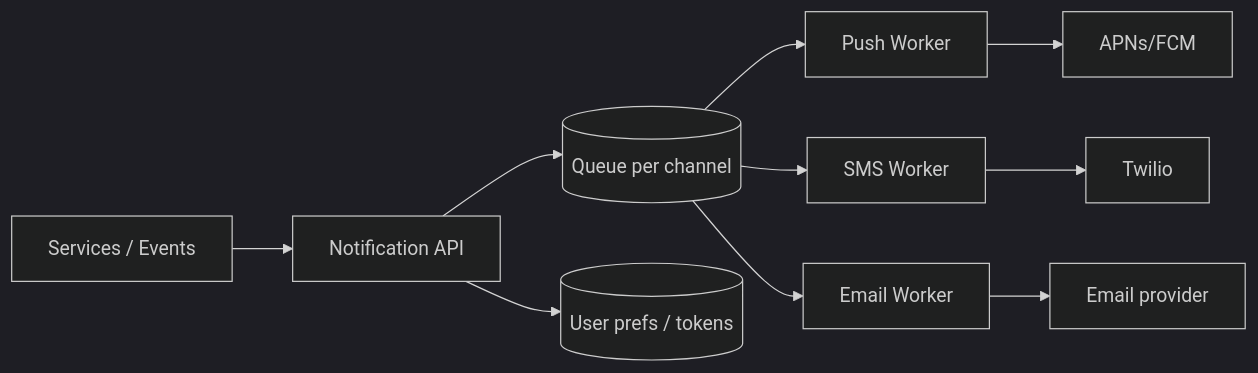
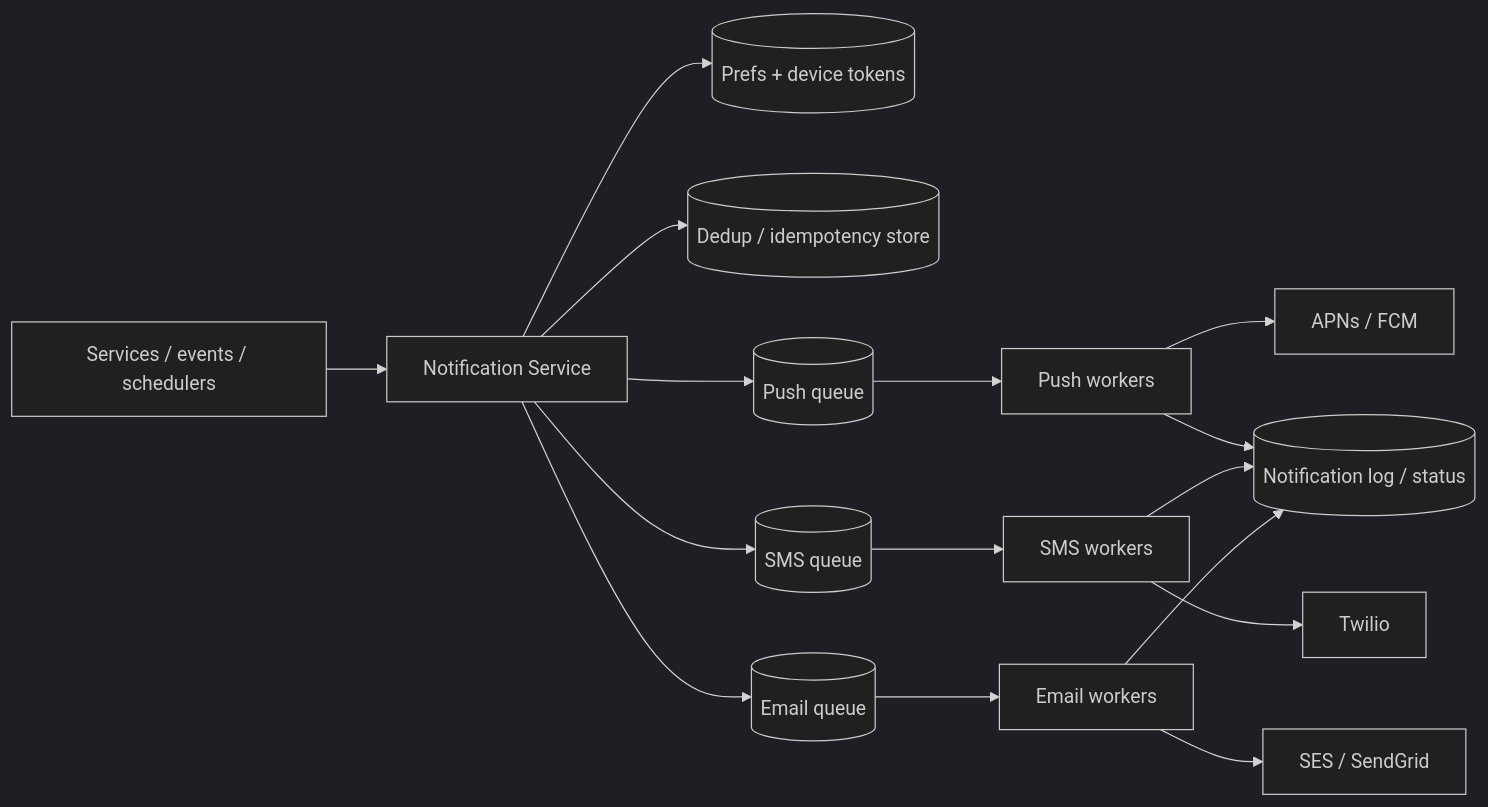
Before and after one commit to hiepgithub2001/swedocs: the diagram in system-design/2-case-studies/notification-system.md, drawn with Mermaid (dark theme). The commit also changed other lines of this file and 12 other files, not shown here.

Commit message:
Expand all 13 case studies with deeper detail (clarifying Qs, estimation math, schemas, more deep dives & diagrams)

````diff
--- a/system-design/2-case-studies/notification-system.md
+++ b/system-design/2-case-studies/notification-system.md
@@ -21,9 +31,10 @@
 ```mermaid
 flowchart LR
-    Svc[Services / Events] --> API[Notification API]
-    API --> Q[(Queue per channel)]
-    Q --> WP[Push Worker] --> FCM[APNs/FCM]
-    Q --> WS[SMS Worker] --> Twilio
-    Q --> WE[Email Worker] --> SES[Email provider]
-    API --> Pref[(User prefs / tokens)]
+    Svcs[Services / events / schedulers] --> API[Notification Service]
+    API --> Pref[(Prefs + device tokens)]
+    API --> Dedup[(Dedup / idempotency store)]
+    API --> Qp[(Push queue)] --> Wp[Push workers] --> FCM[APNs / FCM]
+    API --> Qs[(SMS queue)] --> Ws[SMS workers] --> Twilio
+    API --> Qe[(Email queue)] --> We[Email workers] --> SES[SES / SendGrid]
+    Wp & Ws & We --> Log[(Notification log / status)]
 ```
````
